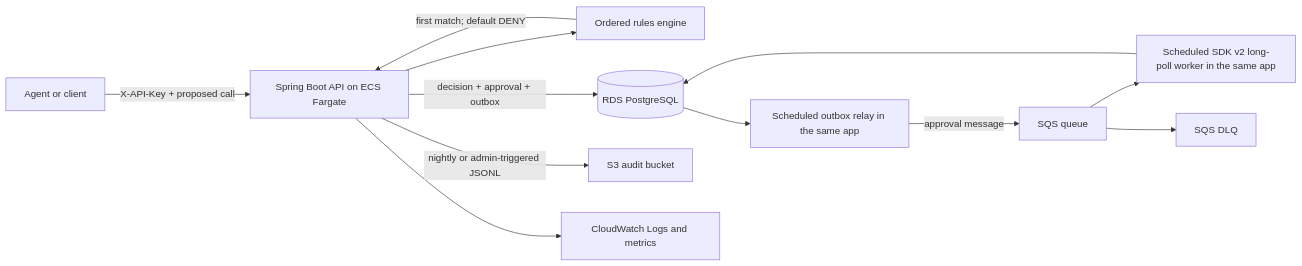
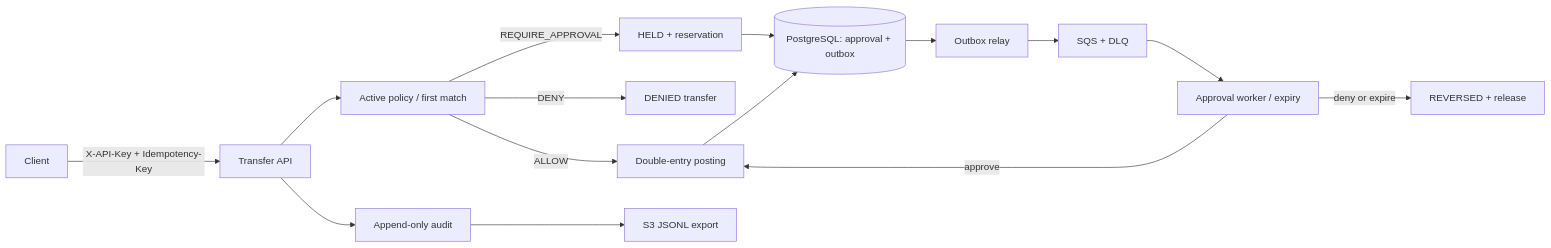
One commit to Aly700/teller changed the diagram in README.md. Above: the diagram before and after it, drawn with Mermaid. The commit also changed other lines of this file and 253 other files, not shown here.

Commit message:
ledger core: accounts, double-entry transfers with deferred balance triggers, reservations, money-aware policy gate on transfers

````diff
--- a/README.md
+++ b/README.md
@@ -14,14 +15,17 @@
 ```mermaid
 flowchart LR
-    Agent[Agent or client] -->|X-API-Key + proposed call| API[Spring Boot API on ECS Fargate]
-    API --> Engine[Ordered rules engine]
-    Engine -->|first match; default DENY| API
-    API -->|decision + approval + outbox| DB[(RDS PostgreSQL)]
-    DB --> Relay[Scheduled outbox relay in the same app]
-    Relay -->|approval message| SQS[SQS queue]
-    SQS --> Worker[Scheduled SDK v2 long-poll worker in the same app]
-    Worker --> DB
-    API -->|nightly or admin-triggered JSONL| S3[S3 audit bucket]
-    API --> Logs[CloudWatch Logs and metrics]
-    SQS --> DLQ[SQS DLQ]
+    Client -->|X-API-Key + Idempotency-Key| API[Transfer API]
+    API --> Gate[Active policy / first match]
+    Gate -->|ALLOW| Ledger[Double-entry posting]
+    Gate -->|DENY| Denied[DENIED transfer]
+    Gate -->|REQUIRE_APPROVAL| Hold[HELD + reservation]
+    Hold --> DB[(PostgreSQL: approval + outbox)]
+    DB --> Relay[Outbox relay]
+    Relay --> SQS[SQS + DLQ]
+    SQS --> Approval[Approval worker / expiry]
+    Approval -->|approve| Ledger
+    Approval -->|deny or expire| Released[REVERSED + release]
+    Ledger --> DB
+    API --> Audit[Append-only audit]
+    Audit --> S3[S3 JSONL export]
 ```
````
